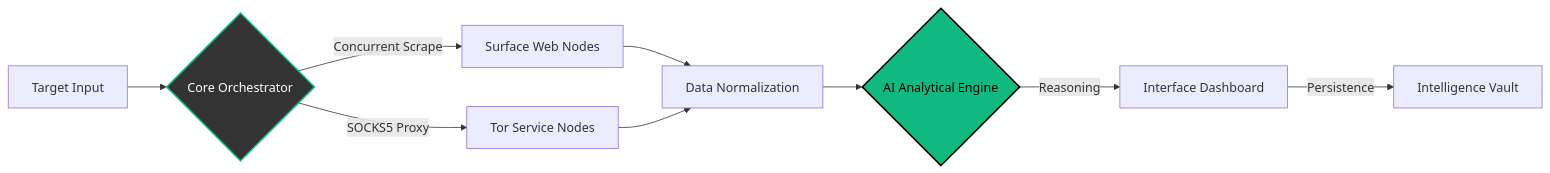
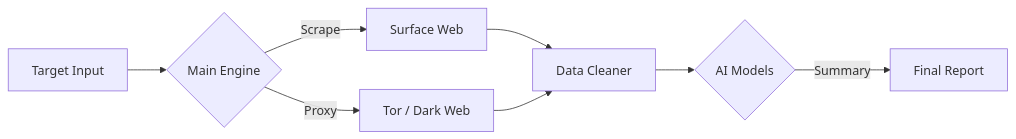
The diagram in readme.md (cipher-attack/cipher-osint), drawn with Mermaid before and after one commit. The commit also changed other lines of this file, not shown here.

````diff
--- a/readme.md
+++ b/readme.md
@@ -63,13 +35,10 @@
 ```mermaid
 graph LR
-    A[Target Input] --> B{Core Orchestrator}
-    B -->|Concurrent Scrape| C[Surface Web Nodes]
-    B -->|SOCKS5 Proxy| D[Tor Service Nodes]
-    C --> E[Data Normalization]
+    A[Target Input] --> B{Main Engine}
+    B -->|Scrape| C[Surface Web]
+    B -->|Proxy| D[Tor / Dark Web]
+    C --> E[Data Cleaner]
     D --> E
-    E --> F{AI Analytical Engine}
-    F -->|Reasoning| G[Interface Dashboard]
-    G -->|Persistence| H[Intelligence Vault]
-    style B fill:#333,stroke:#10b981,stroke-width:2px,color:#fff
-    style F fill:#10b981,stroke:#000,stroke-width:2px,color:#000
+    E --> F{AI Models}
+    F -->|Summary| G[Final Report]
 ```
````
